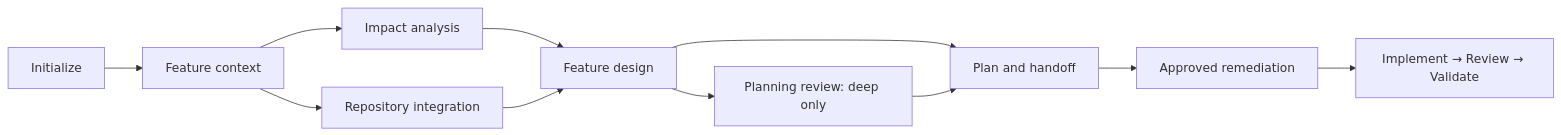
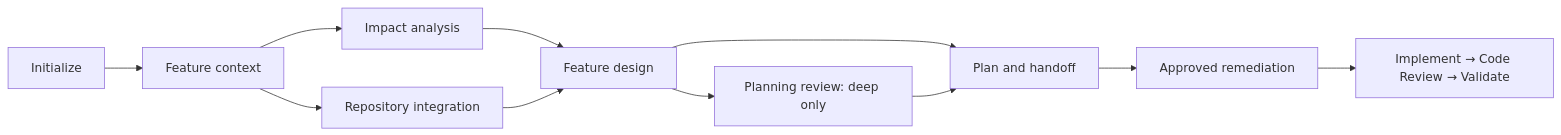
Before and after one commit to daniel-galvan/ai-engineering-workflow-framework: the second of 5 diagrams in PLAYBOOK_CATALOG.md, drawn with Mermaid. The commit also changed other lines of this file and 14 other files, not shown here.

````diff
--- a/PLAYBOOK_CATALOG.md
+++ b/PLAYBOOK_CATALOG.md
@@ -48,13 +48,13 @@
 ```mermaid
 flowchart LR
     A["Initialize"] --> B["Feature context"]
     B --> C["Impact analysis"]
     B --> D["Repository integration"]
     C --> E["Feature design"]
     D --> E
     E --> F["Planning review: deep only"]
     E --> G["Plan and handoff"]
     F --> G
     G --> H["Approved remediation"]
-    H --> I["Implement → Review → Validate"]
+    H --> I["Implement → Code Review → Validate"]
 ```
````
